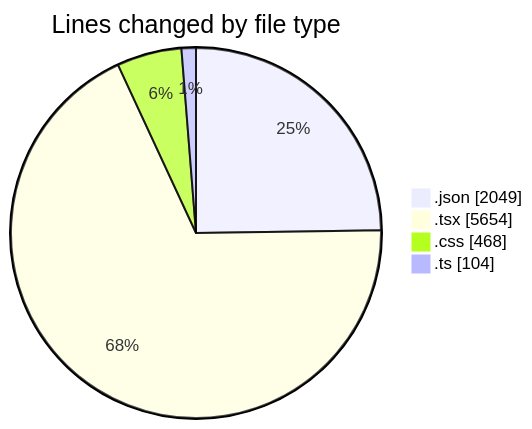
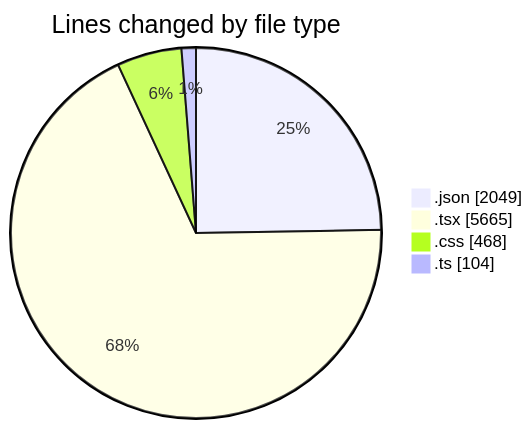
The first of 2 diagrams in 2025-08-14/ribbon/README.md (EIIisD/code-tracking), drawn with Mermaid before and after one commit. The commit also changed other lines of this file and 1 other file, not shown here.

````diff
--- a/2025-08-14/ribbon/README.md
+++ b/2025-08-14/ribbon/README.md
@@ -29,8 +29,8 @@
 ```mermaid
 pie showData
 title Lines changed by file type
 ".json" : 2049
-".tsx" : 5654
+".tsx" : 5665
 ".css" : 468
 ".ts" : 104
 ```
````
